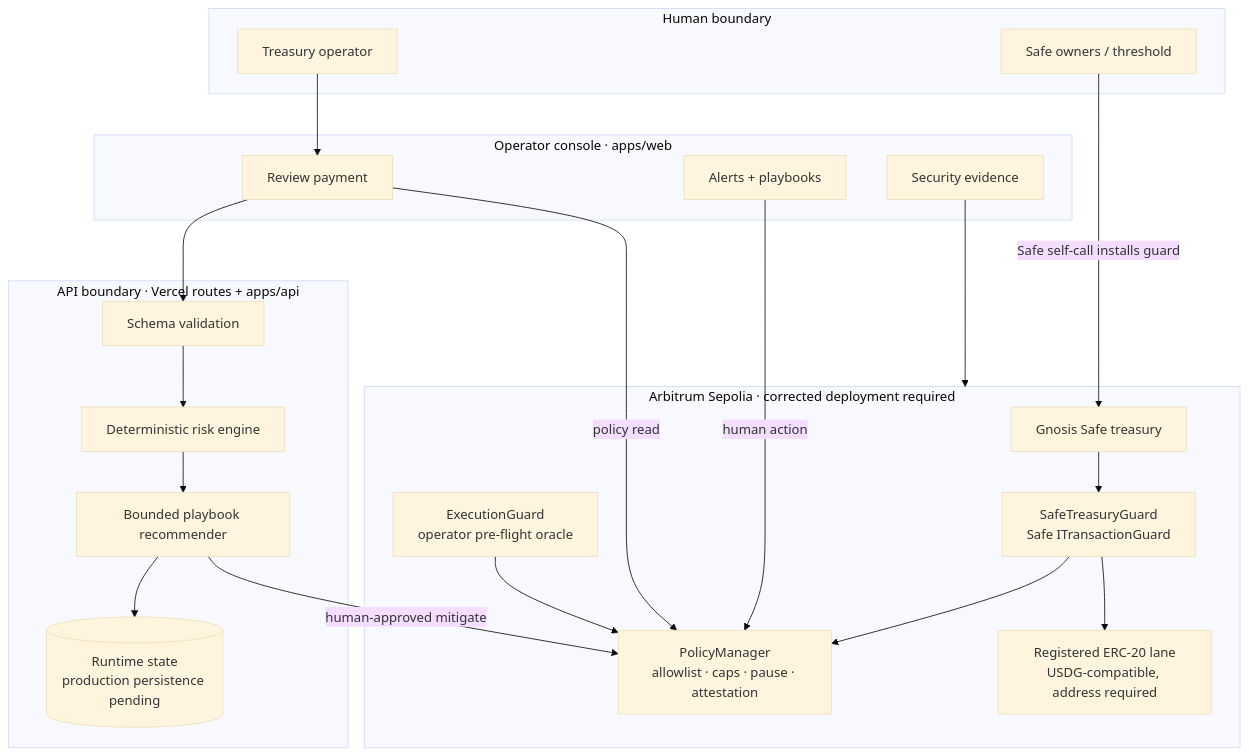
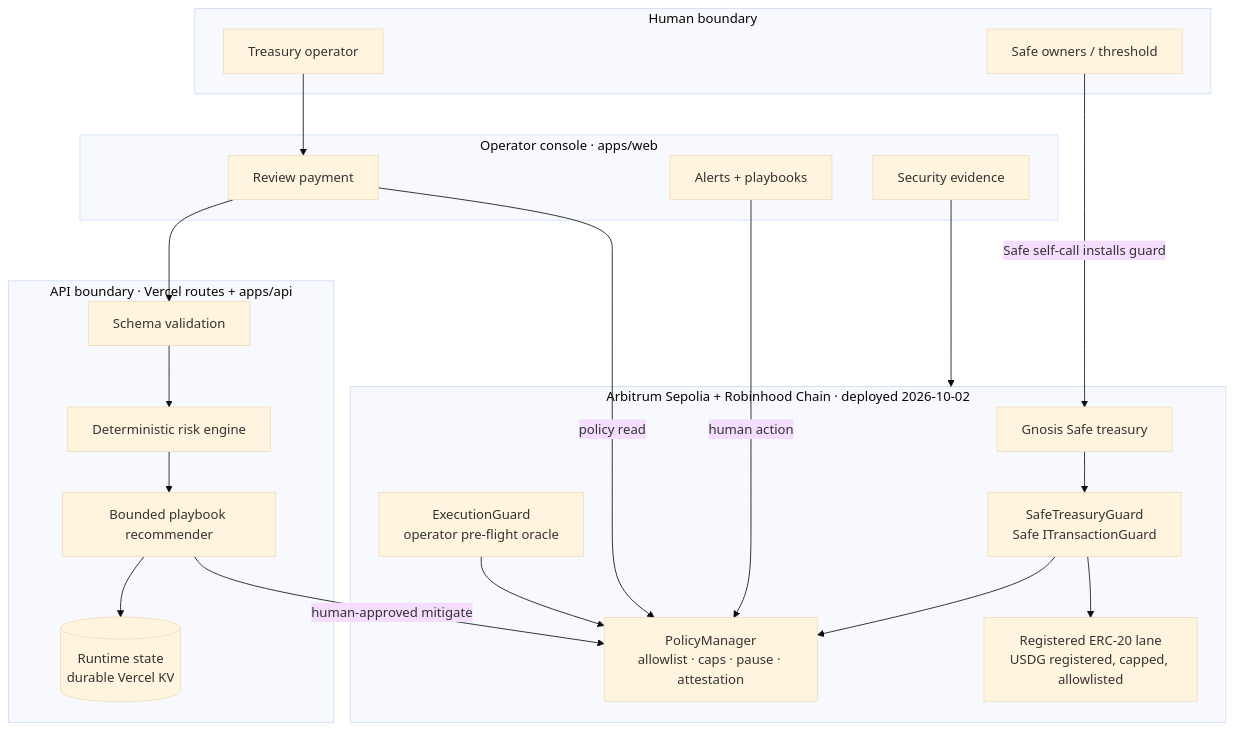
One commit to thesithunyein/arb-guardian changed the diagram in README.md. Above: the diagram before and after it, drawn with Mermaid (base theme). The commit also changed other lines of this file and 19 other files, not shown here.

````diff
--- a/README.md
+++ b/README.md
@@ -73,42 +73,42 @@
 ```mermaid
 flowchart TB
   subgraph Human["Human boundary"]
     Operator["Treasury operator"]
     Signers["Safe owners / threshold"]
   end
 
   subgraph Console["Operator console · apps/web"]
     Review["Review payment"]
     Alerts["Alerts + playbooks"]
     Evidence["Security evidence"]
   end
 
   subgraph API["API boundary · Vercel routes + apps/api"]
     Validate["Schema validation"]
     Risk["Deterministic risk engine"]
     Coordinator["Bounded playbook recommender"]
-    State[("Runtime state\nproduction persistence pending")]
+    State[("Runtime state\ndurable Vercel KV")]
   end
 
-  subgraph Chain["Arbitrum Sepolia · corrected deployment required"]
+  subgraph Chain["Arbitrum Sepolia + Robinhood Chain · deployed 2026-10-02"]
     PM["PolicyManager\nallowlist · caps · pause · attestation"]
     EG["ExecutionGuard\noperator pre-flight oracle"]
     STG["SafeTreasuryGuard\nSafe ITransactionGuard"]
     Safe["Gnosis Safe treasury"]
-    Token["Registered ERC-20 lane\nUSDG-compatible, address required"]
+    Token["Registered ERC-20 lane\nUSDG registered, capped, allowlisted"]
   end
 
   Operator --> Review
   Review --> Validate --> Risk
   Risk --> Coordinator
   Coordinator --> State
   Coordinator -->|human-approved mitigate| PM
   Review -->|policy read| PM
   Alerts -->|human action| PM
   Signers -->|Safe self-call installs guard| Safe
   Safe --> STG
   STG --> PM
   STG --> Token
   EG --> PM
   Evidence --> Chain
 ```
````
